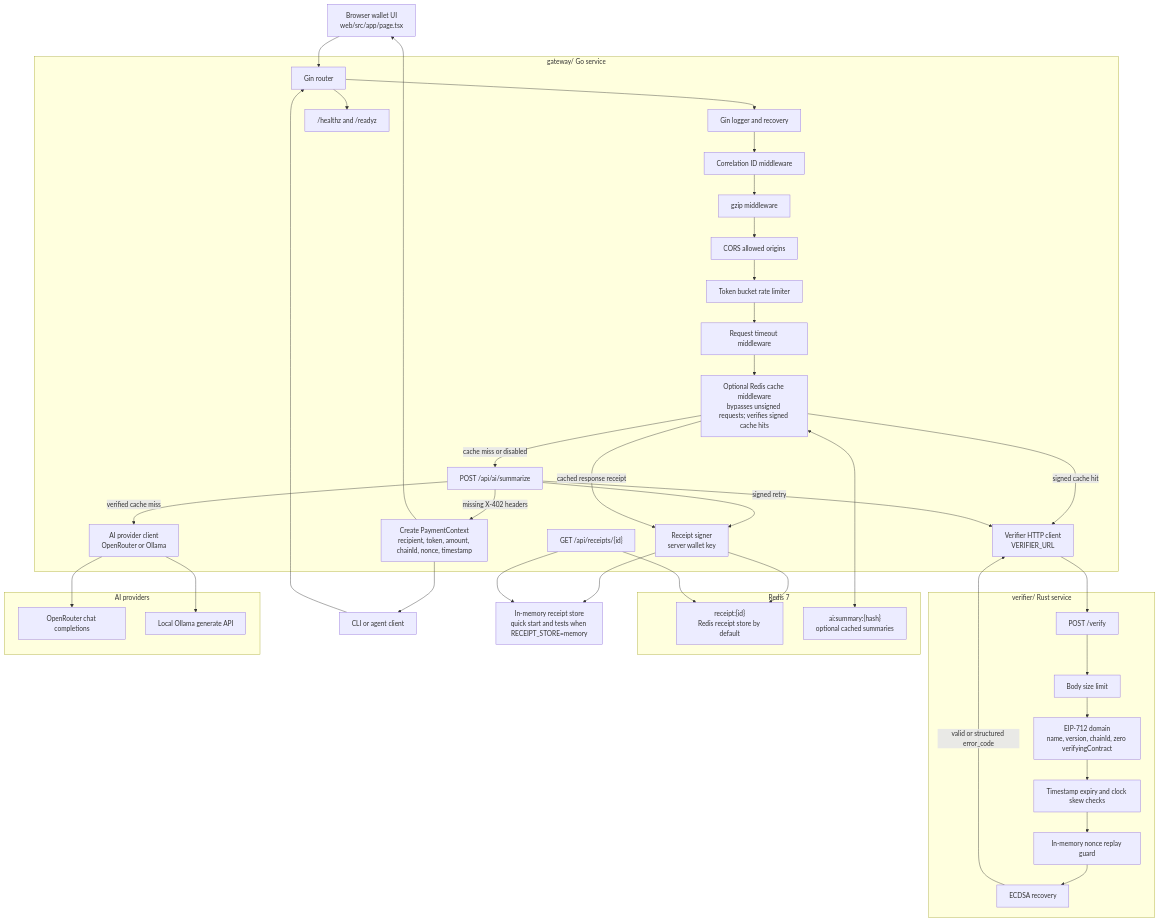
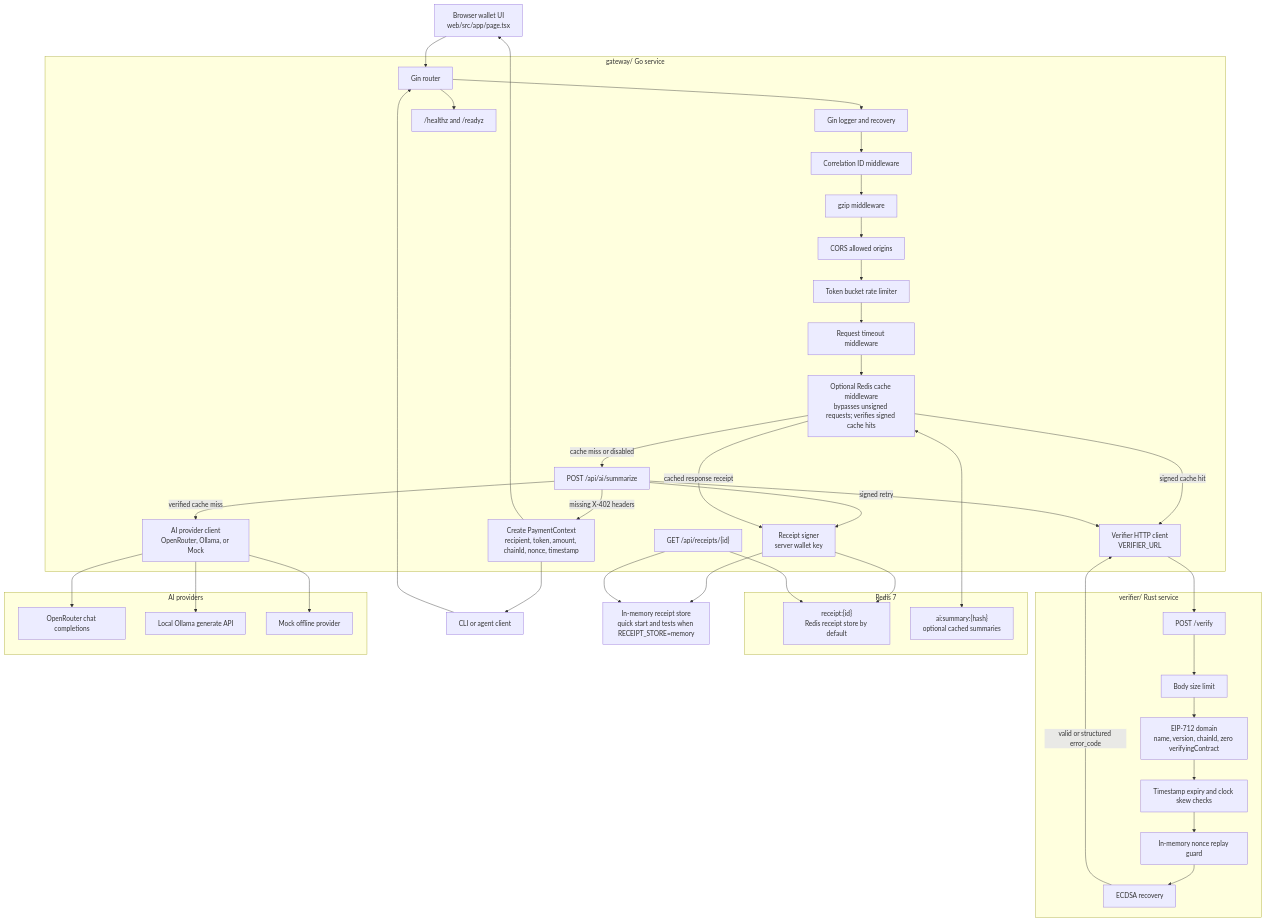
Before and after one commit to AnkanMisra/MicroAI-Paygate: the second of 4 diagrams in README.md, drawn with Mermaid. The commit also changed other lines of this file and 4 other files, not shown here.

````diff
--- a/README.md
+++ b/README.md
@@ -93,66 +93,68 @@
 ```mermaid
 flowchart TB
     Browser["Browser wallet UI\nweb/src/app/page.tsx"]
     CLI["CLI or agent client"]
 
     subgraph Gateway["gateway/ Go service"]
       Gin["Gin router"]
       LoggerRecovery["Gin logger and recovery"]
       Correlation["Correlation ID middleware"]
       Compression["gzip middleware"]
       CORS["CORS allowed origins"]
       RateLimit["Token bucket rate limiter"]
       Timeout["Request timeout middleware"]
       Cache["Optional Redis cache middleware\nbypasses unsigned requests; verifies signed cache hits"]
       Summarize["POST /api/ai/summarize"]
       PaymentContext["Create PaymentContext\nrecipient, token, amount, chainId, nonce, timestamp"]
       VerifyClient["Verifier HTTP client\nVERIFIER_URL"]
-      AIClient["AI provider client\nOpenRouter or Ollama"]
+      AIClient["AI provider client\nOpenRouter, Ollama, or Mock"]
       ReceiptSigner["Receipt signer\nserver wallet key"]
       ReceiptLookup["GET /api/receipts/{id}"]
       Health["/healthz and /readyz"]
     end
 
     subgraph VerifierService["verifier/ Rust service"]
       BodyLimit["Body size limit"]
       Domain["EIP-712 domain\nname, version, chainId, zero verifyingContract"]
       Timestamp["Timestamp expiry and clock skew checks"]
       Nonce["In-memory nonce replay guard"]
       Recovery["ECDSA recovery"]
       VerifyRoute["POST /verify"]
     end
 
     subgraph Storage["Redis 7"]
       Receipts["receipt:{id}\nRedis receipt store by default"]
       ResponseCache["ai:summary:{hash}\noptional cached summaries"]
     end
 
     MemoryStore["In-memory receipt store\nquick start and tests when RECEIPT_STORE=memory"]
 
     subgraph Providers["AI providers"]
       OpenRouter["OpenRouter chat completions"]
       Ollama["Local Ollama generate API"]
+      Mock["Mock offline provider"]
     end
 
     Browser --> Gin
     CLI --> Gin
     Gin --> LoggerRecovery --> Correlation --> Compression --> CORS --> RateLimit --> Timeout --> Cache
     Cache -->|cache miss or disabled| Summarize
     Cache -->|signed cache hit| VerifyClient
     Summarize -->|missing X-402 headers| PaymentContext
     PaymentContext --> Browser
     PaymentContext --> CLI
     Summarize -->|signed retry| VerifyClient --> VerifyRoute
     VerifyRoute --> BodyLimit --> Domain --> Timestamp --> Nonce --> Recovery
     Recovery -->|valid or structured error_code| VerifyClient
     Summarize -->|verified cache miss| AIClient
     AIClient --> OpenRouter
     AIClient --> Ollama
+    AIClient --> Mock
     Summarize --> ReceiptSigner --> Receipts
     ReceiptSigner --> MemoryStore
     Cache -->|cached response receipt| ReceiptSigner
     Cache <--> ResponseCache
     ReceiptLookup --> Receipts
     ReceiptLookup --> MemoryStore
     Gin --> Health
 ```
````
